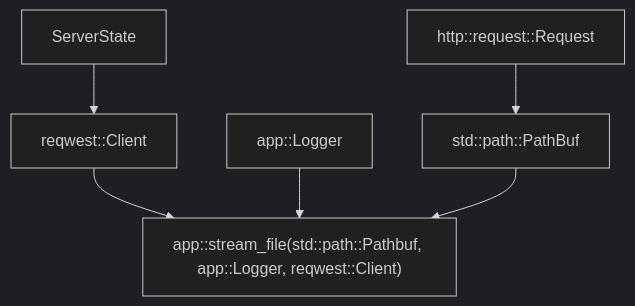
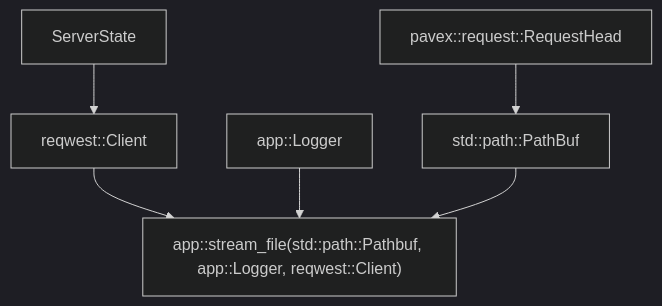
Before and after one commit to LukeMathWalker/pavex: the third of 3 diagrams in ARCHITECTURE.md, drawn with Mermaid (dark theme). The commit also changed other lines of this file, not shown here.

````diff
--- a/ARCHITECTURE.md
+++ b/ARCHITECTURE.md
@@ -259,15 +242,15 @@
 ```mermaid
 flowchart TB
     handler["app::stream_file(std::path::Pathbuf, app::Logger, reqwest::Client)"]
     client[reqwest::Client]
     logger[app::Logger]
     state[ServerState]
     path[std::path::PathBuf]
-    request[http::request::Request]
+    request[pavex::request::RequestHead]
 
     state --> client
     client --> handler
     logger --> handler
     path --> handler
     request --> path
 ```
````
